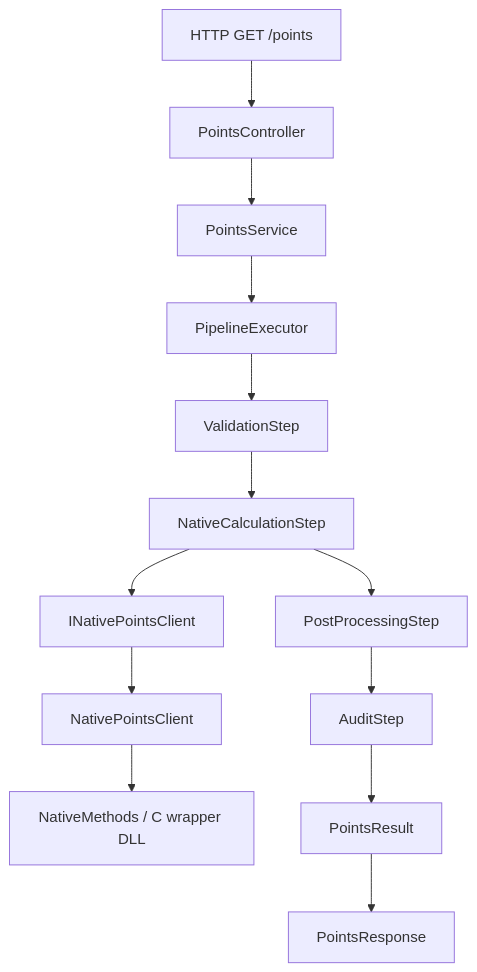
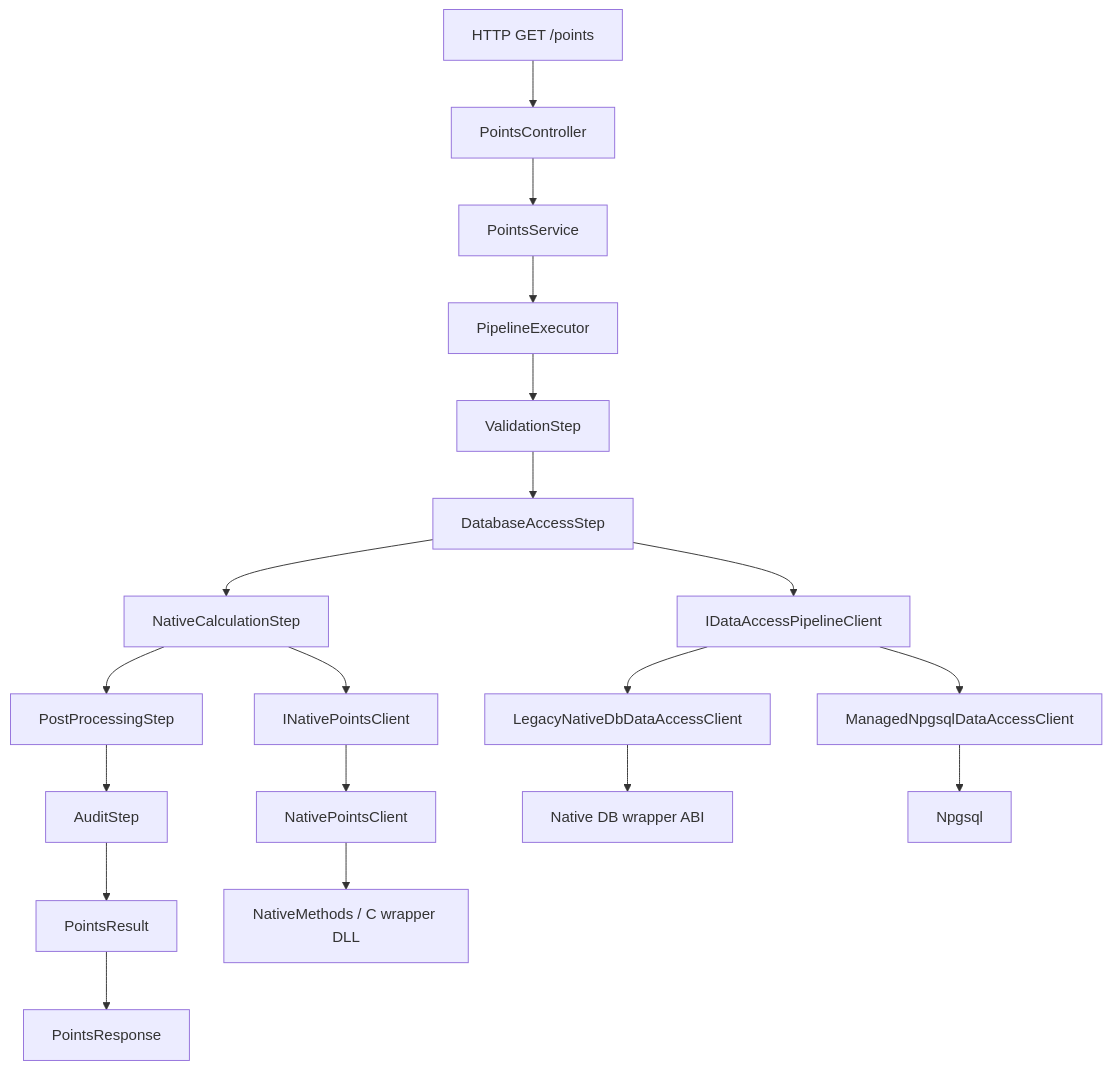
One commit to LahkLeKey/Banana changed the diagram in docs/architecture.md. Above: the diagram before and after it, drawn with Mermaid. The commit also changed other lines of this file and 39 other files, not shown here.

````diff
--- a/docs/architecture.md
+++ b/docs/architecture.md
@@ -30,15 +31,21 @@
 ```mermaid
 flowchart TD
 	A[HTTP GET /points] --> B[PointsController]
 	B --> C[PointsService]
 	C --> D[PipelineExecutor<PipelineContext>]
 	D --> E[ValidationStep]
-	E --> F[NativeCalculationStep]
+	E --> E1[DatabaseAccessStep]
+	E1 --> F[NativeCalculationStep]
 	F --> G[PostProcessingStep]
 	G --> H[AuditStep]
+	E1 --> DB[IDataAccessPipelineClient]
+	DB --> DB1[LegacyNativeDbDataAccessClient]
+	DB --> DB2[ManagedNpgsqlDataAccessClient]
+	DB1 --> DBN[Native DB wrapper ABI]
+	DB2 --> DBM[Npgsql]
 	F --> I[INativePointsClient]
 	I --> J[NativePointsClient]
 	J --> K[NativeMethods / C wrapper DLL]
 	H --> L[PointsResult]
 	L --> M[PointsResponse]
 ```
````
